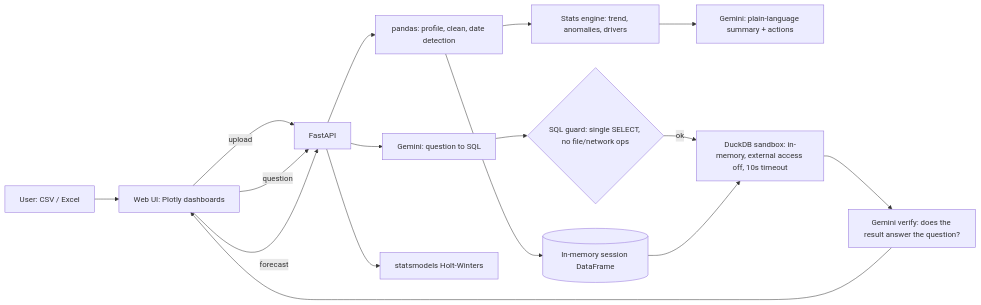
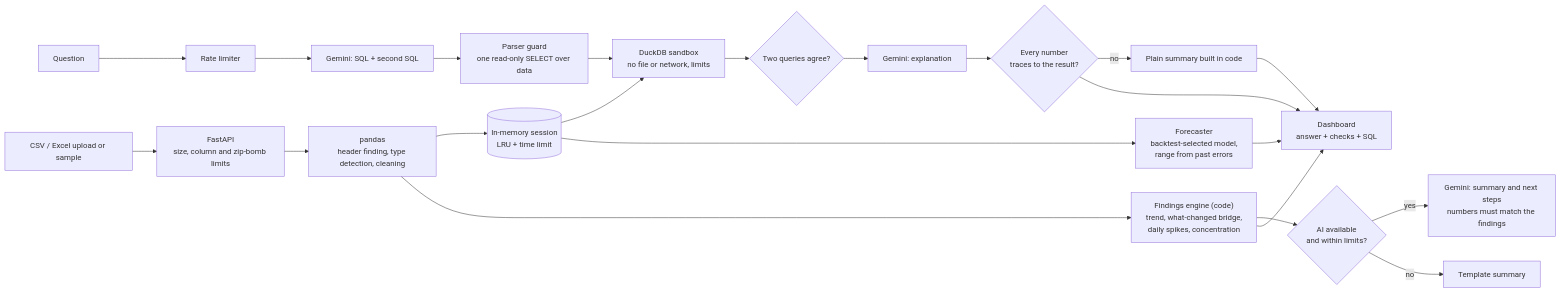
The diagram in lumen/README.md (Anhad23mahajan/Anhad23mahajan), drawn with Mermaid before and after one commit. The commit also changed other lines of this file and 52 other files, not shown here.

````diff
--- a/lumen/README.md
+++ b/lumen/README.md
@@ -19,17 +41,24 @@
 ```mermaid
 flowchart LR
-  U[User: CSV / Excel] --> FE[Web UI: Plotly dashboards]
-  FE -->|upload| API[FastAPI]
-  API --> P[pandas: profile, clean, date detection]
-  P --> S[(In-memory session DataFrame)]
-  P --> ST[Stats engine: trend, anomalies, drivers]
-  ST --> N[Gemini: plain-language summary + actions]
-  FE -->|question| API
-  API --> G[Gemini: question to SQL]
-  G --> V{SQL guard: single SELECT, no file/network ops}
-  V -->|ok| D[DuckDB sandbox: in-memory, external access off, 10s timeout]
+  U["CSV / Excel upload or sample"] --> UP["FastAPI<br/>size, column and zip-bomb limits"]
+  UP --> P["pandas<br/>header finding, type detection, cleaning"]
+  P --> S[("In-memory session<br/>LRU + time limit")]
+  P --> F["Findings engine (code)<br/>trend, what-changed bridge,<br/>daily spikes, concentration"]
+  F --> N{"AI available<br/>and within limits?"}
+  N -- yes --> G1["Gemini: summary and next steps<br/>numbers must match the findings"]
+  N -- no --> T["Template summary"]
+  Q["Question"] --> RL["Rate limiter"]
+  RL --> G2["Gemini: SQL + second SQL"]
+  G2 --> V["Parser guard<br/>one read-only SELECT over data"]
+  V --> D["DuckDB sandbox<br/>no file or network, limits"]
   S --> D
-  D --> VR[Gemini verify: does the result answer the question?]
-  VR --> FE
-  FE -->|forecast| API --> F[statsmodels Holt-Winters]
+  D --> X{"Two queries agree?"}
+  X --> E["Gemini: explanation"]
+  E --> NG{"Every number<br/>traces to the result?"}
+  NG -- no --> PL["Plain summary built in code"]
+  NG --> UI["Dashboard<br/>answer + checks + SQL"]
+  PL --> UI
+  F --> UI
+  S --> FC["Forecaster<br/>backtest-selected model,<br/>range from past errors"]
+  FC --> UI
 ```
````
